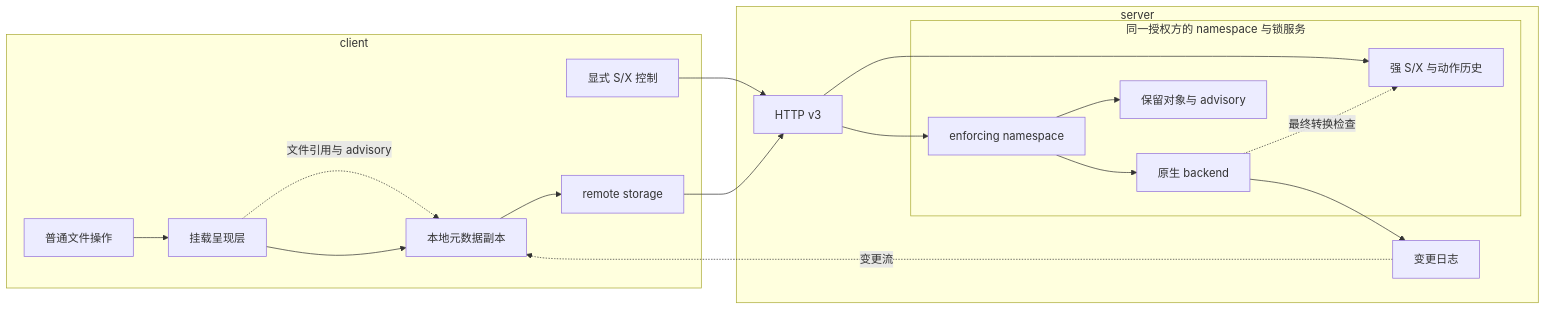
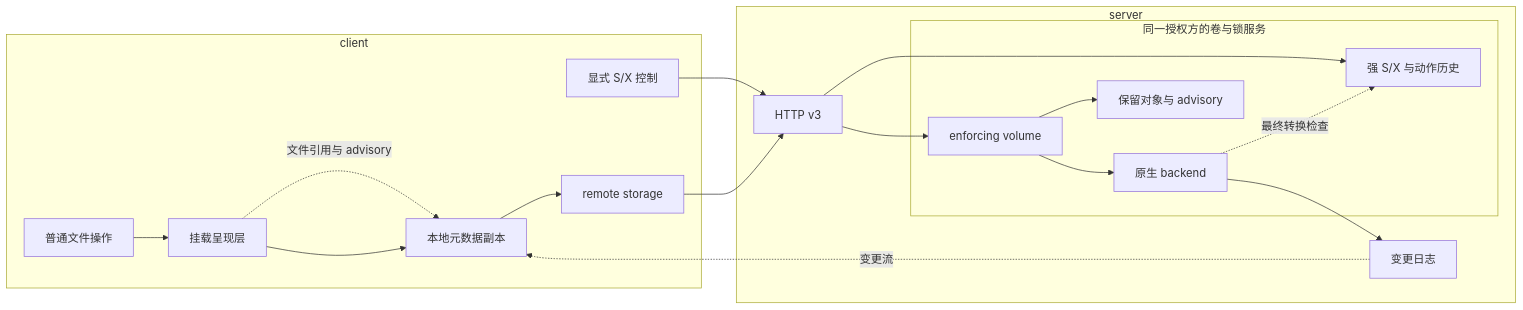
Before and after one commit to codetreker/remote-fs: the diagram in docs/design/architecture.md, drawn with Mermaid. The commit also changed other lines of this file and 246 other files, not shown here.

````diff
--- a/docs/design/architecture.md
+++ b/docs/design/architecture.md
@@ -17,26 +17,26 @@
 ```mermaid
 flowchart LR
     subgraph client[client]
         App[普通文件操作] --> Fuse[挂载呈现层]
         Fuse --> Replica[本地元数据副本]
         Replica --> Remote[remote storage]
         SDK[显式 S/X 控制]
         Fuse -. 文件引用与 advisory .-> Replica
     end
     subgraph server[server]
         HTTP[HTTP v3]
-        subgraph Pair[同一授权方的 namespace 与锁服务]
-            Namespace[enforcing namespace] --> Backend[原生 backend]
+        subgraph Pair[同一授权方的卷与锁服务]
+            Volume[enforcing volume] --> Backend[原生 backend]
             Authority[强 S/X 与动作历史]
             Files[保留对象与 advisory]
-            Namespace --> Files
+            Volume --> Files
             Backend -. 最终转换检查 .-> Authority
         end
-        HTTP --> Namespace
+        HTTP --> Volume
         HTTP --> Authority
         Backend --> Log[变更日志]
     end
     Remote --> HTTP
     SDK --> HTTP
     Log -. 变更流 .-> Replica
 ```
````
